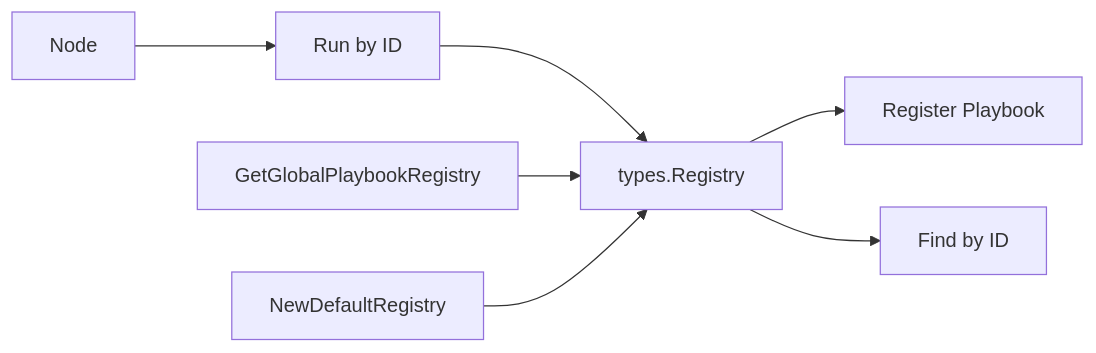
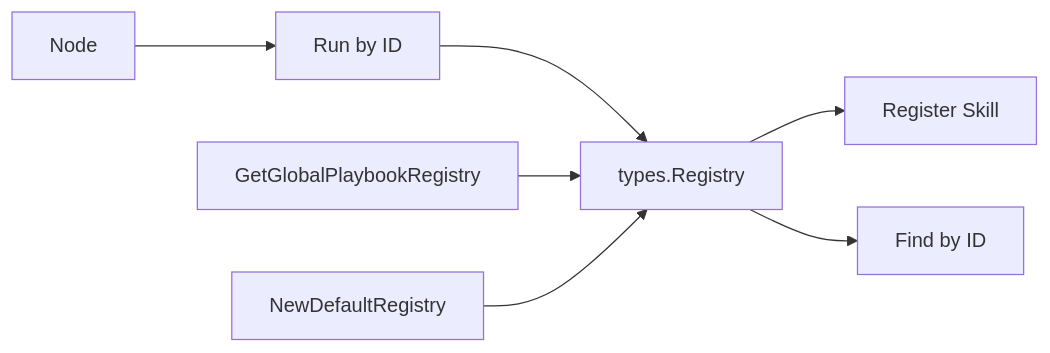
One commit to dracory/ork changed the fifth of 12 diagrams in docs/livewiki/architecture.md. Above: the diagram before and after it, drawn with Mermaid. The commit also changed other lines of this file and 20 other files, not shown here.

````diff
--- a/docs/livewiki/architecture.md
+++ b/docs/livewiki/architecture.md
@@ -227,9 +261,9 @@
 ```mermaid
 graph LR
-    A[types.Registry] --> B[Register Playbook]
+    A[types.Registry] --> B[Register Skill]
     C[Node] --> D[Run by ID]
     D --> A
     A --> E[Find by ID]
     F[GetGlobalPlaybookRegistry] --> A
     G[NewDefaultRegistry] --> A
 ```
````
